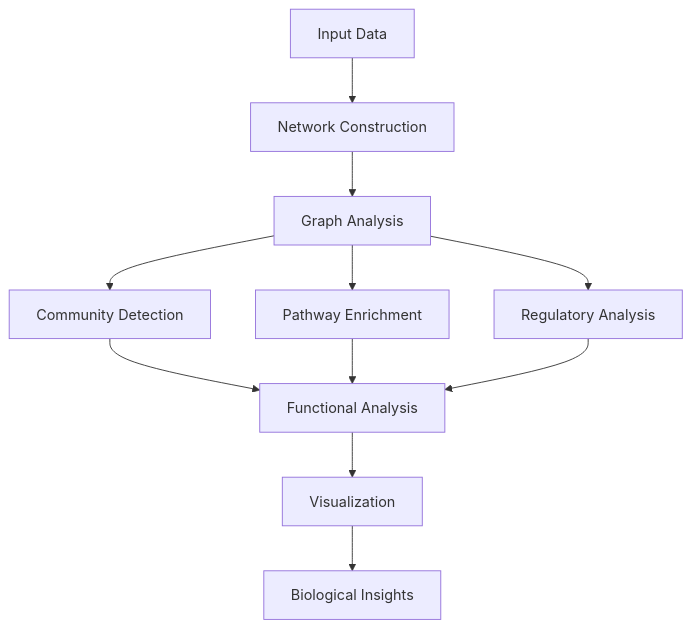
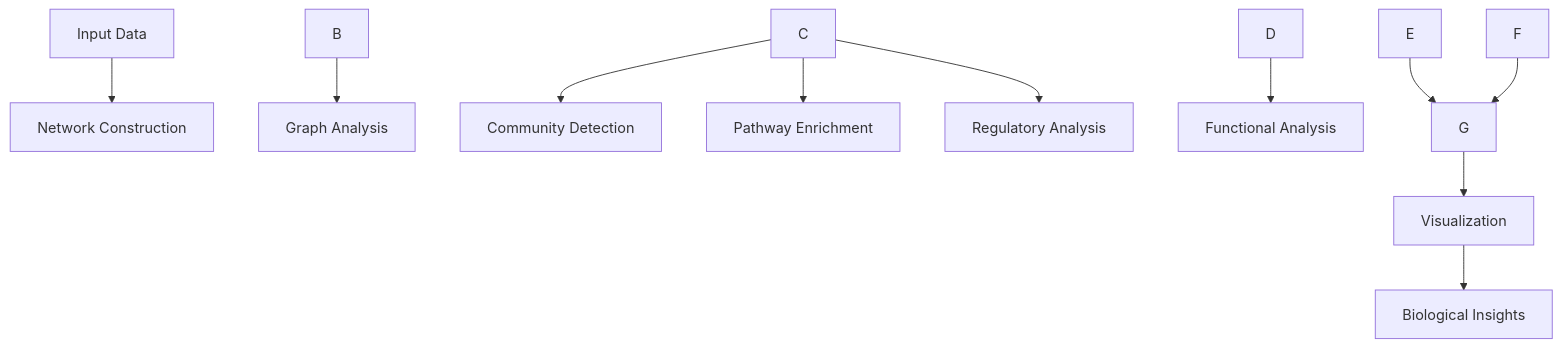
Before and after one commit to docxology/MetaInformAnt: the diagram in docs/networks/index.md, drawn with Mermaid. The commit also changed 611 other files, not shown here.

````diff
--- a/docs/networks/index.md
+++ b/docs/networks/index.md
@@ -53,13 +53,13 @@
 ```mermaid
 flowchart TD
-    A[Input Data] --> B[Network Construction]
-    B --> C[Graph Analysis]
-    C --> D[Community Detection]
-    C --> E[Pathway Enrichment]
-    C --> F[Regulatory Analysis]
-    D --> G[Functional Analysis]
+    AinputData[Input Data] --> BnetworkConstruction[Network Construction]
+    B --> CgraphAnalysis[Graph Analysis]
+    C --> DcommunityDetection[Community Detection]
+    C --> EpathwayEnrichment[Pathway Enrichment]
+    C --> FregulatoryAnalysis[Regulatory Analysis]
+    D --> GfunctionalAnalysis[Functional Analysis]
     E --> G
     F --> G
     G --> H[Visualization]
-    H --> I[Biological Insights]
+    H --> IbiologicalInsights[Biological Insights]
 ```
````
